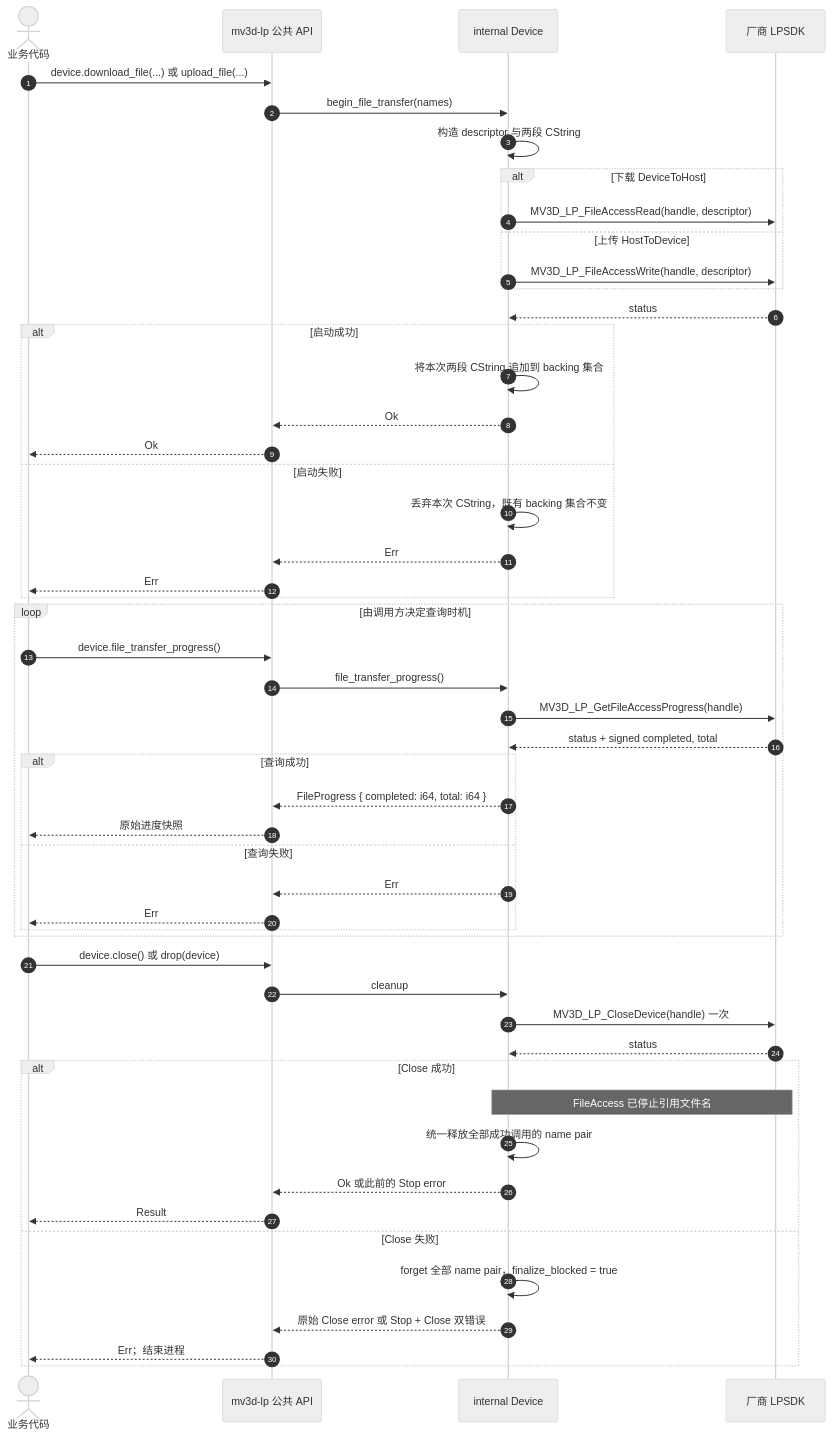
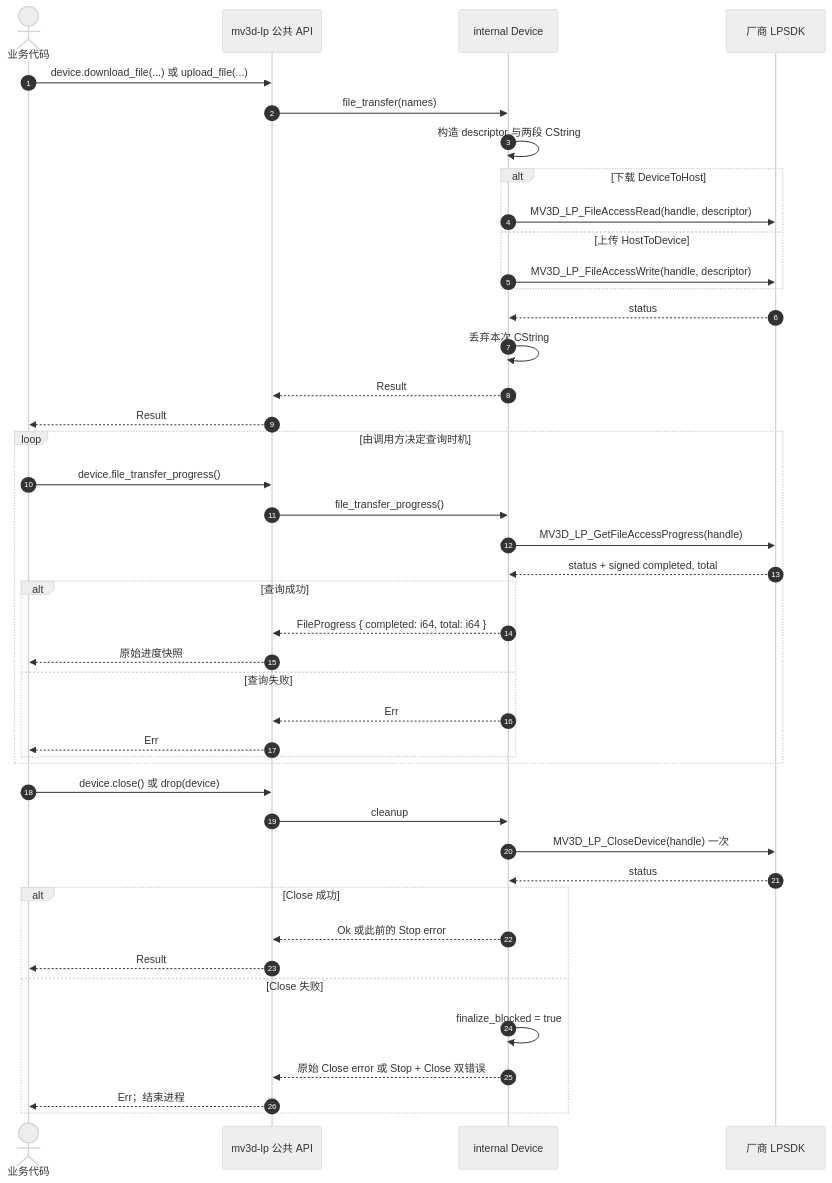
One commit to JSB-Unscarred/3dmvs-sdk-rs changed the diagram in 时序图/文件上传与下载.md. Above: the diagram before and after it, drawn with Mermaid (neutral theme). The commit also changed other lines of this file and 29 other files, not shown here.

````diff
--- a/时序图/文件上传与下载.md
+++ b/时序图/文件上传与下载.md
@@ -3,56 +3,48 @@
 ```mermaid
 sequenceDiagram
     autonumber
     actor App as 业务代码
     participant Public as mv3d-lp 公共 API
     participant Device as internal Device
     participant Native as 厂商 LPSDK
 
     App->>Public: device.download_file(...) 或 upload_file(...)
-    Public->>Device: begin_file_transfer(names)
+    Public->>Device: file_transfer(names)
     Device->>Device: 构造 descriptor 与两段 CString
     alt 下载 DeviceToHost
         Device->>Native: MV3D_LP_FileAccessRead(handle, descriptor)
     else 上传 HostToDevice
         Device->>Native: MV3D_LP_FileAccessWrite(handle, descriptor)
     end
     Native-->>Device: status
-    alt 启动成功
-        Device->>Device: 将本次两段 CString 追加到 backing 集合
-        Device-->>Public: Ok
-        Public-->>App: Ok
-    else 启动失败
-        Device->>Device: 丢弃本次 CString，既有 backing 集合不变
-        Device-->>Public: Err
-        Public-->>App: Err
-    end
+    Device->>Device: 丢弃本次 CString
+    Device-->>Public: Result
+    Public-->>App: Result
 
     loop 由调用方决定查询时机
         App->>Public: device.file_transfer_progress()
         Public->>Device: file_transfer_progress()
         Device->>Native: MV3D_LP_GetFileAccessProgress(handle)
         Native-->>Device: status + signed completed, total
         alt 查询成功
             Device-->>Public: FileProgress { completed: i64, total: i64 }
             Public-->>App: 原始进度快照
         else 查询失败
             Device-->>Public: Err
             Public-->>App: Err
         end
     end
 
     App->>Public: device.close() 或 drop(device)
     Public->>Device: cleanup
     Device->>Native: MV3D_LP_CloseDevice(handle) 一次
     Native-->>Device: status
     alt Close 成功
-        Note over Device,Native: FileAccess 已停止引用文件名
-        Device->>Device: 统一释放全部成功调用的 name pair
         Device-->>Public: Ok 或此前的 Stop error
         Public-->>App: Result
     else Close 失败
-        Device->>Device: forget 全部 name pair，finalize_blocked = true
+        Device->>Device: finalize_blocked = true
         Device-->>Public: 原始 Close error 或 Stop + Close 双错误
         Public-->>App: Err；结束进程
     end
 ```
````
